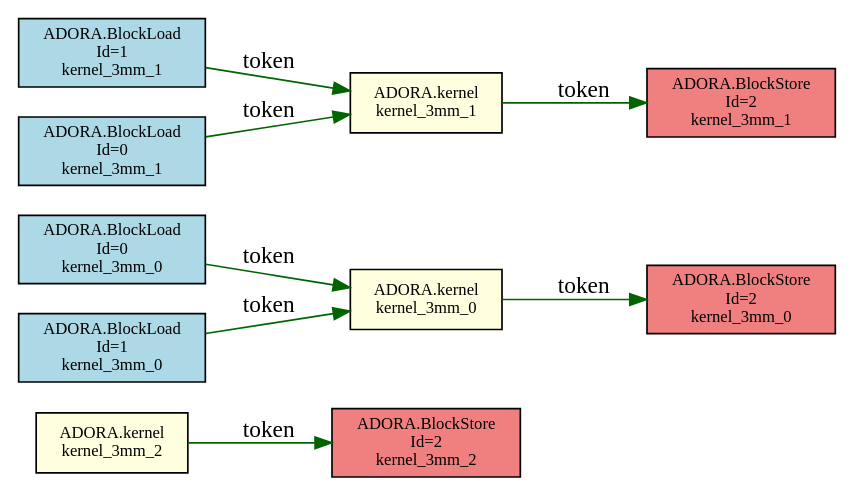
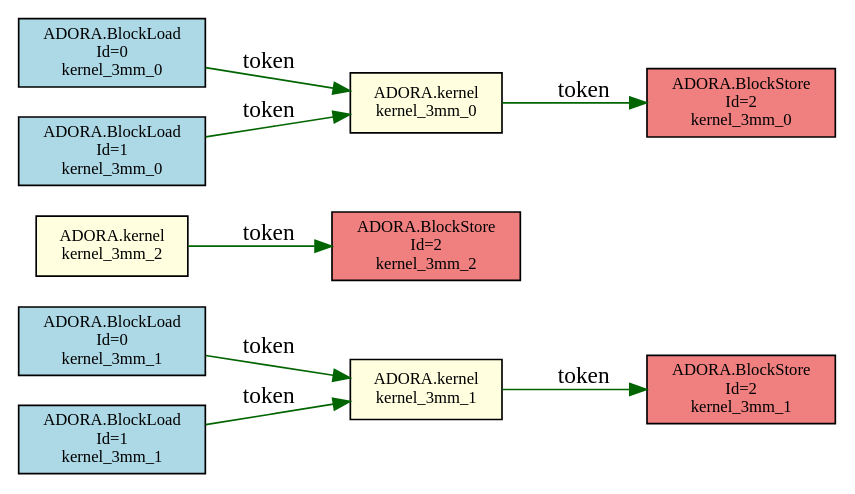
The diagram in experiment/taskschedule/03_3mm/tokens.dot (FDU-ME-ARC/adora-compiler), drawn with Graphviz before and after one commit. The commit also changed 16 other files, not shown here.

First line of the commit message:
PR6.2: thread loop-carried !ADORA.token via affine.for iter_args

```diff
--- a/experiment/taskschedule/03_3mm/tokens.dot
+++ b/experiment/taskschedule/03_3mm/tokens.dot
@@ -1,21 +1,21 @@
 digraph token_graph {
   rankdir=LR;
   node [shape=box, fontsize=10];
-  "0x557bb463c600" [label="ADORA.BlockStore\nId=2\nkernel_3mm_2", style=filled, fillcolor=lightcoral];
-  "0x557bb463a5a0" [label="ADORA.BlockLoad\nId=0\nkernel_3mm_0", style=filled, fillcolor=lightblue];
-  "0x557bb463b520" [label="ADORA.BlockStore\nId=2\nkernel_3mm_1", style=filled, fillcolor=lightcoral];
-  "0x557bb463b470" [label="ADORA.kernel\nkernel_3mm_1", style=filled, fillcolor=lightyellow];
-  "0x557bb463b060" [label="ADORA.kernel\nkernel_3mm_0", style=filled, fillcolor=lightyellow];
-  "0x557bb4636520" [label="ADORA.BlockStore\nId=2\nkernel_3mm_0", style=filled, fillcolor=lightcoral];
-  "0x557bb463b3b0" [label="ADORA.BlockLoad\nId=1\nkernel_3mm_1", style=filled, fillcolor=lightblue];
-  "0x557bb462d0b0" [label="ADORA.kernel\nkernel_3mm_2", style=filled, fillcolor=lightyellow];
-  "0x557bb463afa0" [label="ADORA.BlockLoad\nId=1\nkernel_3mm_0", style=filled, fillcolor=lightblue];
-  "0x557bb460c5f0" [label="ADORA.BlockLoad\nId=0\nkernel_3mm_1", style=filled, fillcolor=lightblue];
-  "0x557bb463a5a0" -> "0x557bb463b060" [label="token", color=darkgreen];
-  "0x557bb463afa0" -> "0x557bb463b060" [label="token", color=darkgreen];
-  "0x557bb463b060" -> "0x557bb4636520" [label="token", color=darkgreen];
-  "0x557bb460c5f0" -> "0x557bb463b470" [label="token", color=darkgreen];
-  "0x557bb463b3b0" -> "0x557bb463b470" [label="token", color=darkgreen];
-  "0x557bb463b470" -> "0x557bb463b520" [label="token", color=darkgreen];
-  "0x557bb462d0b0" -> "0x557bb463c600" [label="token", color=darkgreen];
+  "0x56056e7bb5e0" [label="ADORA.BlockLoad\nId=0\nkernel_3mm_1", style=filled, fillcolor=lightblue];
+  "0x56056e7f0820" [label="ADORA.BlockStore\nId=2\nkernel_3mm_2", style=filled, fillcolor=lightcoral];
+  "0x56056e7ee740" [label="ADORA.BlockLoad\nId=0\nkernel_3mm_0", style=filled, fillcolor=lightblue];
+  "0x56056e7ee7e0" [label="ADORA.kernel\nkernel_3mm_2", style=filled, fillcolor=lightyellow];
+  "0x56056e7f05e0" [label="ADORA.BlockLoad\nId=1\nkernel_3mm_1", style=filled, fillcolor=lightblue];
+  "0x56056e7f01d0" [label="ADORA.BlockLoad\nId=1\nkernel_3mm_0", style=filled, fillcolor=lightblue];
+  "0x56056e7eab20" [label="ADORA.BlockStore\nId=2\nkernel_3mm_0", style=filled, fillcolor=lightcoral];
+  "0x56056e7f0290" [label="ADORA.kernel\nkernel_3mm_0", style=filled, fillcolor=lightyellow];
+  "0x56056e7f06a0" [label="ADORA.kernel\nkernel_3mm_1", style=filled, fillcolor=lightyellow];
+  "0x56056e7f0750" [label="ADORA.BlockStore\nId=2\nkernel_3mm_1", style=filled, fillcolor=lightcoral];
+  "0x56056e7ee740" -> "0x56056e7f0290" [label="token", color=darkgreen];
+  "0x56056e7f01d0" -> "0x56056e7f0290" [label="token", color=darkgreen];
+  "0x56056e7f0290" -> "0x56056e7eab20" [label="token", color=darkgreen];
+  "0x56056e7bb5e0" -> "0x56056e7f06a0" [label="token", color=darkgreen];
+  "0x56056e7f05e0" -> "0x56056e7f06a0" [label="token", color=darkgreen];
+  "0x56056e7f06a0" -> "0x56056e7f0750" [label="token", color=darkgreen];
+  "0x56056e7ee7e0" -> "0x56056e7f0820" [label="token", color=darkgreen];
 }
```
